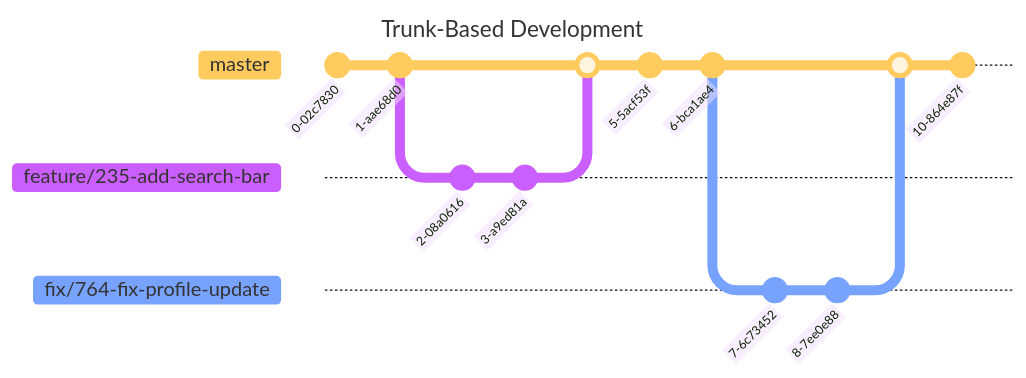
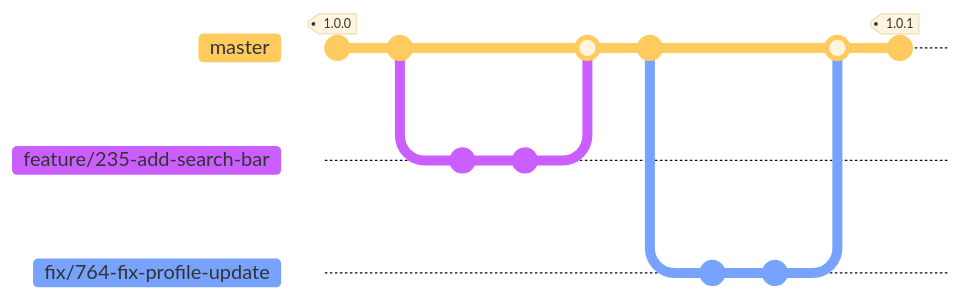
The diagram in docs/guidelines/branch-naming-convention/flow.md (dworac/docs-dworac), drawn with Mermaid before and after one commit. Commit ids are hidden.

Commit message:
branch guidelines

````diff
--- a/docs/guidelines/branch-naming-convention/flow.md
+++ b/docs/guidelines/branch-naming-convention/flow.md
@@ -19,24 +19,20 @@
 ```mermaid
----
-title: Trunk-Based Development
----
-%%{init: { 'logLevel': 'debug', 'theme': 'base', 'gitGraph': {'showBranches': true, 'showCommitLabel':true,'mainBranchName': 'master'}} }%%
+%%{init: { 'logLevel': 'debug', 'theme': 'base', 'gitGraph': {'showBranches': true, 'showCommitLabel':false,'mainBranchName': 'master','mainBranchOrder': 2}} }%%
 gitGraph
+   commit tag:"1.0.0"
    commit
-   commit
-   branch feature/235-add-search-bar
+   branch feature/235-add-search-bar order: 3
    checkout feature/235-add-search-bar
    commit
    commit
    checkout master
    merge feature/235-add-search-bar
    commit
-   commit
-   branch fix/764-fix-profile-update
+   branch fix/764-fix-profile-update order: 4
    checkout fix/764-fix-profile-update
    commit
    commit
    checkout master
    merge fix/764-fix-profile-update
-   commit
+   commit tag:"1.0.1"
 ```
````
